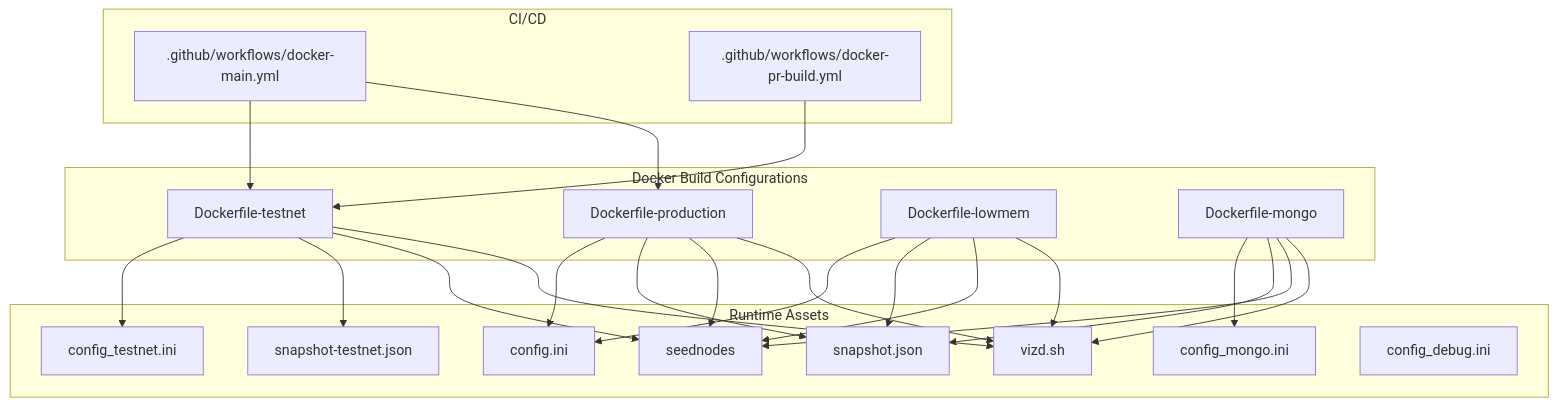
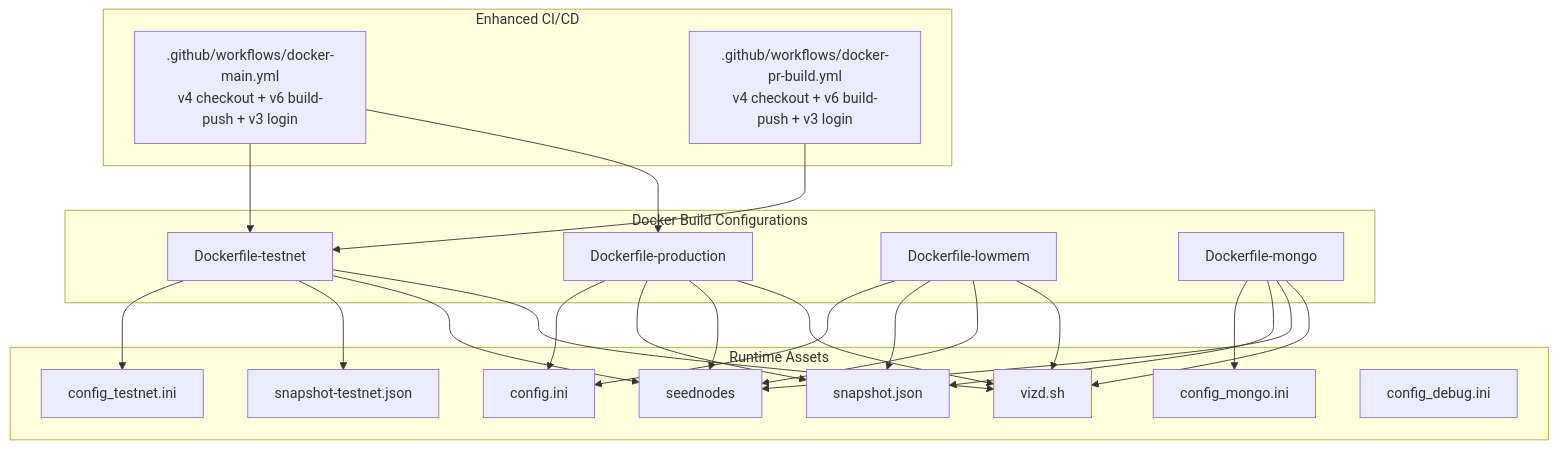
One commit to VIZ-Blockchain/viz-cpp-node changed the first of 6 diagrams in .qoder/repowiki/en/content/Development Tools/Build System/Docker Integration/Docker Integration.md. Above: the diagram before and after it, drawn with Mermaid. The commit also changed other lines of this file and 7 other files, not shown here.

````diff
--- a/.qoder/repowiki/en/content/Development Tools/Build System/Docker Integration/Docker Integration.md
+++ b/.qoder/repowiki/en/content/Development Tools/Build System/Docker Integration/Docker Integration.md
@@ -40,42 +47,42 @@
 ```mermaid
 graph TB
 subgraph "Docker Build Configurations"
 DProd["Dockerfile-production"]
 DTest["Dockerfile-testnet"]
 DLow["Dockerfile-lowmem"]
 DMongo["Dockerfile-mongo"]
 end
 subgraph "Runtime Assets"
 Script["vizd.sh"]
 Seed["seednodes"]
 Snap["snapshot.json"]
 SnapTest["snapshot-testnet.json"]
 CfgProd["config.ini"]
 CfgTest["config_testnet.ini"]
 CfgMongo["config_mongo.ini"]
 CfgDebug["config_debug.ini"]
 end
-subgraph "CI/CD"
-GHMain[".github/workflows/docker-main.yml"]
-GHPR[".github/workflows/docker-pr-build.yml"]
+subgraph "Enhanced CI/CD"
+GHMain[".github/workflows/docker-main.yml<br/>v4 checkout + v6 build-push + v3 login"]
+GHPR[".github/workflows/docker-pr-build.yml<br/>v4 checkout + v6 build-push + v3 login"]
 end
 DProd --> Script
 DProd --> Seed
 DProd --> Snap
 DProd --> CfgProd
 DTest --> Script
 DTest --> Seed
 DTest --> SnapTest
 DTest --> CfgTest
 DLow --> Script
 DLow --> Seed
 DLow --> Snap
 DLow --> CfgProd
 DMongo --> Script
 DMongo --> Seed
 DMongo --> Snap
 DMongo --> CfgMongo
 GHMain --> DProd
 GHMain --> DTest
 GHPR --> DTest
 ```
````
